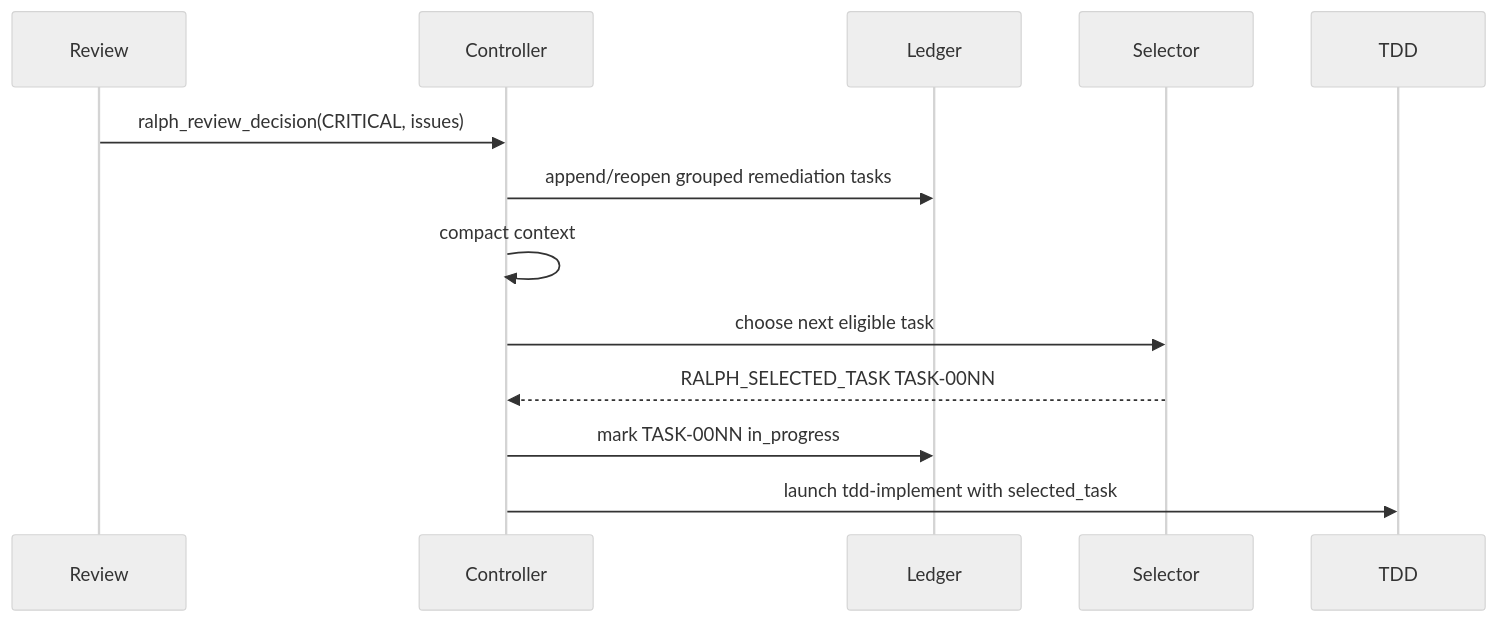
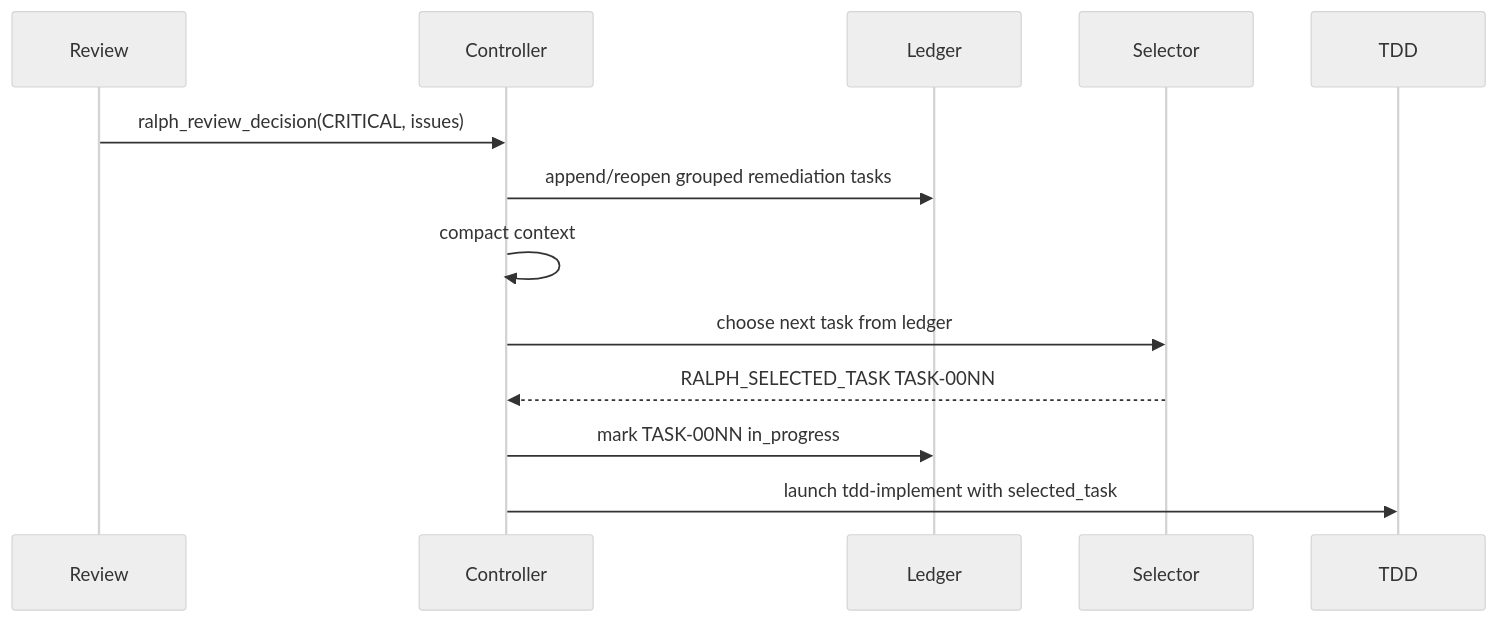
One commit to pydn/ralph-works changed the second of 2 diagrams in docs/specs/iterative-ralph-task-loop.md. Above: the diagram before and after it, drawn with Mermaid (neutral theme). The commit also changed other lines of this file and 8 other files, not shown here.

Commit message:
feat: trust task selector decisions

````diff
--- a/docs/specs/iterative-ralph-task-loop.md
+++ b/docs/specs/iterative-ralph-task-loop.md
@@ -356,16 +350,16 @@
 ```mermaid
 sequenceDiagram
     participant Review
     participant Controller
     participant Ledger
     participant Selector
     participant TDD
 
     Review->>Controller: ralph_review_decision(CRITICAL, issues)
     Controller->>Ledger: append/reopen grouped remediation tasks
     Controller->>Controller: compact context
-    Controller->>Selector: choose next eligible task
+    Controller->>Selector: choose next task from ledger
     Selector-->>Controller: RALPH_SELECTED_TASK TASK-00NN
     Controller->>Ledger: mark TASK-00NN in_progress
     Controller->>TDD: launch tdd-implement with selected_task
 ```
````
